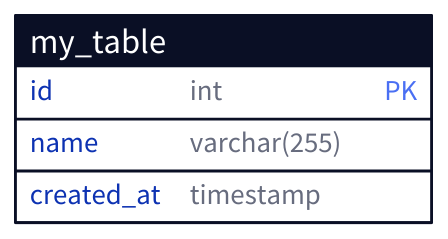
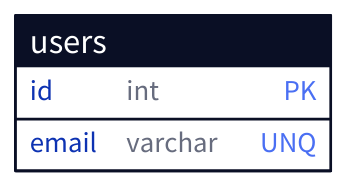
Before and after one commit to chyax98/DiagramAI: the third of 6 diagrams in docs/kroki/d2/official-docs.md, drawn with D2. The commit also changed other lines of this file and 52 other files, not shown here.

````diff
--- a/docs/kroki/d2/official-docs.md
+++ b/docs/kroki/d2/official-docs.md
@@ -219,8 +71,7 @@
 ```d2
-my_table: {
+users: {
   shape: sql_table
   id: int {constraint: primary_key}
-  name: varchar(255)
-  created_at: timestamp
+  email: varchar {constraint: unique}
 }
 ```
````
